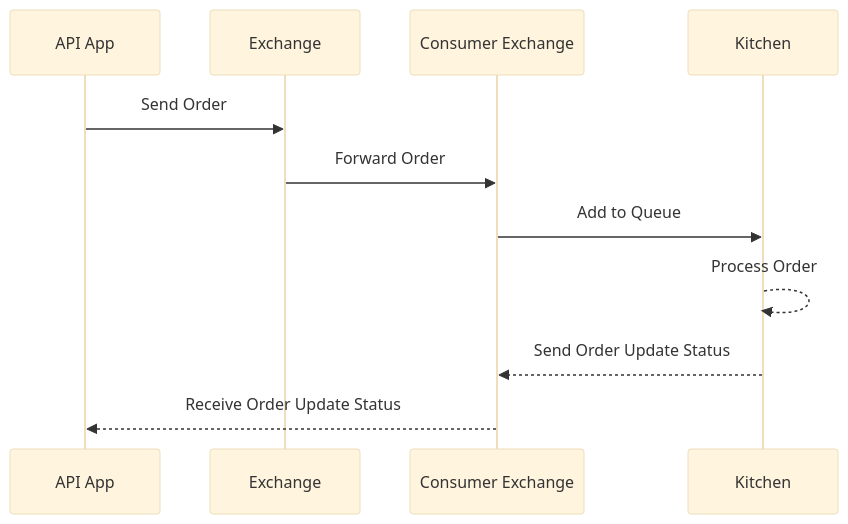
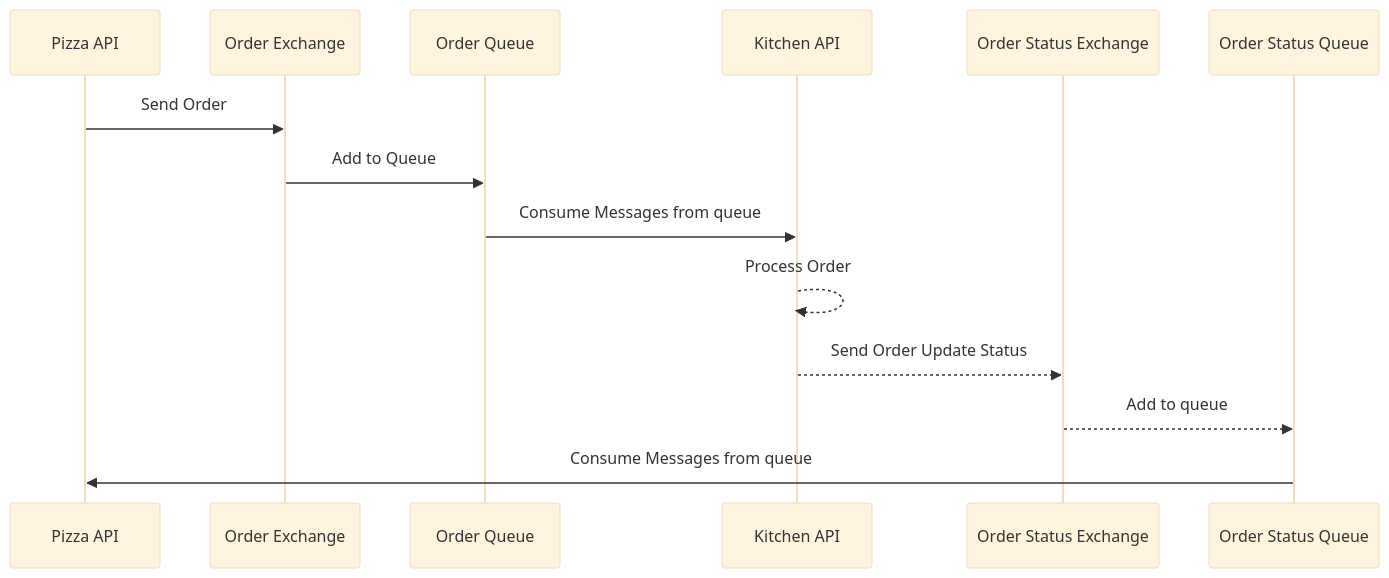
One commit to JustJordanT/pizza-planet changed the second of 2 diagrams in README.md. Above: the diagram before and after it, drawn with Mermaid (base theme). The commit also changed other lines of this file, not shown here.

````diff
--- a/README.md
+++ b/README.md
@@ -48,9 +70,10 @@
 ```mermaid
 sequenceDiagram
-API App ->> Exchange: Send Order
-Exchange ->> Consumer Exchange: Forward Order
-Consumer Exchange ->> Kitchen: Add to Queue
-Kitchen -->> Kitchen: Process Order
-Kitchen -->> Consumer Exchange: Send Order Update Status
-Consumer Exchange -->> API App: Receive Order Update Status
+Pizza API ->> Order Exchange: Send Order
+Order Exchange ->> Order Queue: Add to Queue
+Order Queue ->> Kitchen API: Consume Messages from queue
+Kitchen API -->> Kitchen API: Process Order
+Kitchen API -->> Order Status Exchange: Send Order Update Status
+Order Status Exchange -->> Order Status Queue: Add to queue
+Order Status Queue ->> Pizza API: Consume Messages from queue
 ```
````
